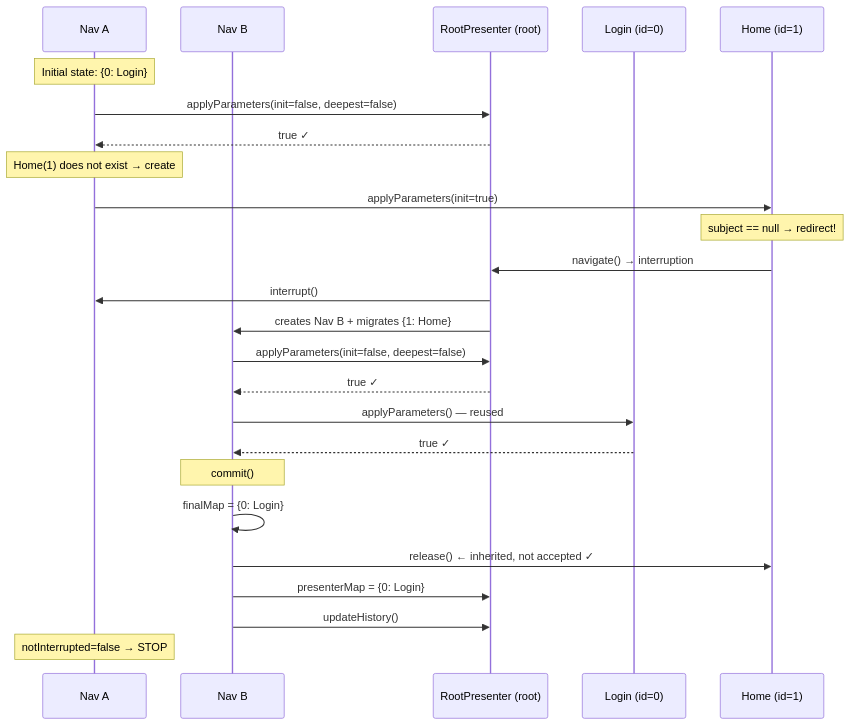
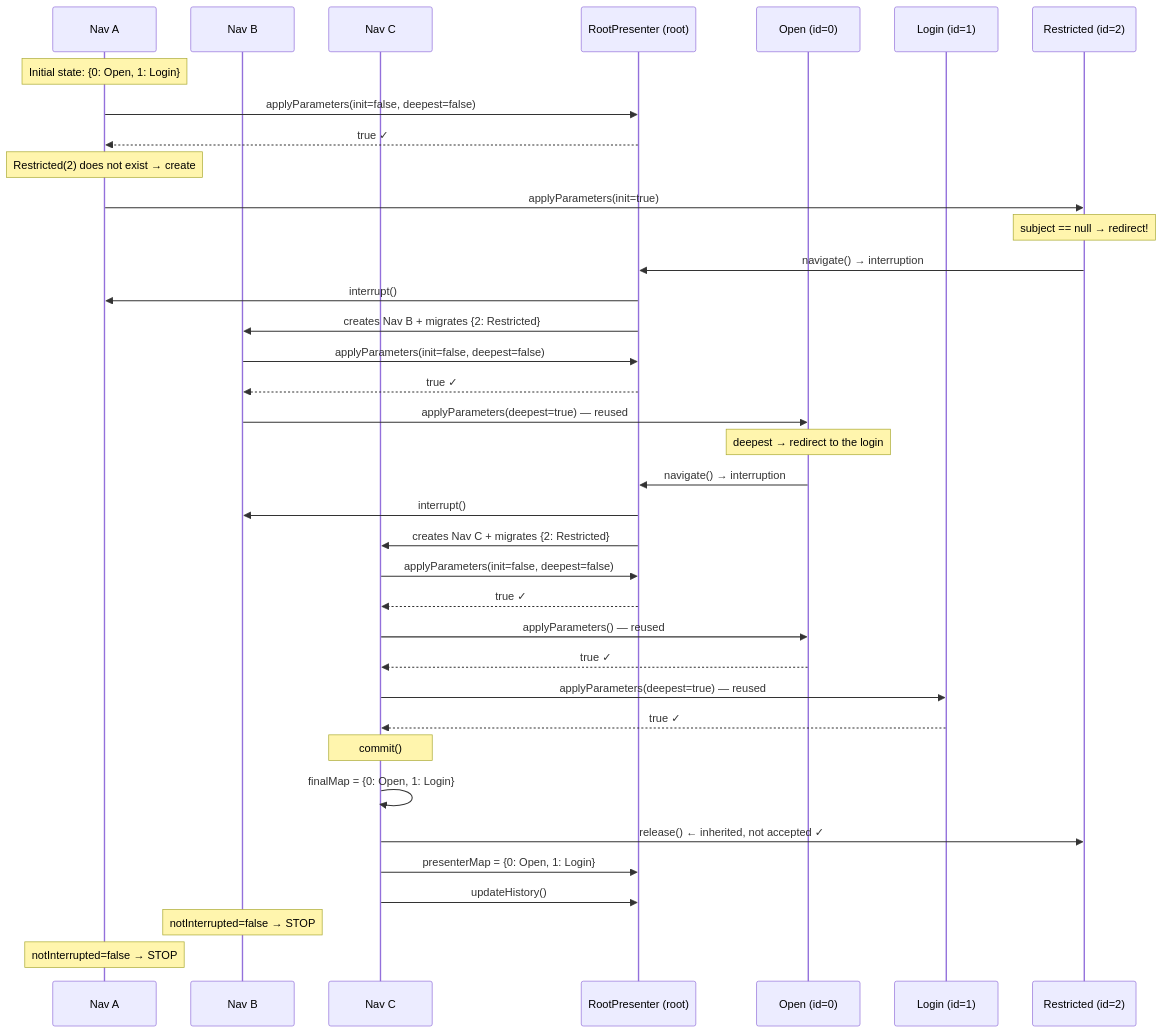
The ninth of 19 diagrams in docs/architecture-cube.md (mrcdom/wdc-cube-kotlin), drawn with Mermaid before and after one commit. The commit also changed other lines of this file and 15 other files, not shown here.

First line of the commit message:
feat(presentation): open and restricted guard places, as in the Java version

````diff
--- a/docs/architecture-cube.md
+++ b/docs/architecture-cube.md
@@ -648,33 +677,46 @@
 ```mermaid
 sequenceDiagram
     participant NavA as Nav A
     participant NavB as Nav B
+    participant NavC as Nav C
     participant App as RootPresenter (root)
-    participant Login as Login (id=0)
-    participant Home as Home (id=1)
+    participant Op as Open (id=0)
+    participant Login as Login (id=1)
+    participant Rs as Restricted (id=2)
 
-    Note over NavA: Initial state: {0: Login}
+    Note over NavA: Initial state: {0: Open, 1: Login}
 
     NavA->>App: applyParameters(init=false, deepest=false)
     App-->>NavA: true ✓
 
-    Note over NavA: Home(1) does not exist → create
-    NavA->>Home: applyParameters(init=true)
-    Note over Home: subject == null → redirect!
-    Home->>App: navigate() → interruption
+    Note over NavA: Restricted(2) does not exist → create
+    NavA->>Rs: applyParameters(init=true)
+    Note over Rs: subject == null → redirect!
+    Rs->>App: navigate() → interruption
     App->>NavA: interrupt()
-    App->>NavB: creates Nav B + migrates {1: Home}
+    App->>NavB: creates Nav B + migrates {2: Restricted}
 
     NavB->>App: applyParameters(init=false, deepest=false)
     App-->>NavB: true ✓
-    NavB->>Login: applyParameters() — reused
-    Login-->>NavB: true ✓
+    NavB->>Op: applyParameters(deepest=true) — reused
+    Note over Op: deepest → redirect to the login
+    Op->>App: navigate() → interruption
+    App->>NavB: interrupt()
+    App->>NavC: creates Nav C + migrates {2: Restricted}
 
-    Note over NavB: commit()
-    NavB->>NavB: finalMap = {0: Login}
-    NavB->>Home: release() ← inherited, not accepted ✓
-    NavB->>App: presenterMap = {0: Login}
-    NavB->>App: updateHistory()
+    NavC->>App: applyParameters(init=false, deepest=false)
+    App-->>NavC: true ✓
+    NavC->>Op: applyParameters() — reused
+    Op-->>NavC: true ✓
+    NavC->>Login: applyParameters(deepest=true) — reused
+    Login-->>NavC: true ✓
 
+    Note over NavC: commit()
+    NavC->>NavC: finalMap = {0: Open, 1: Login}
+    NavC->>Rs: release() ← inherited, not accepted ✓
+    NavC->>App: presenterMap = {0: Open, 1: Login}
+    NavC->>App: updateHistory()
+
+    Note over NavB: notInterrupted=false → STOP
     Note over NavA: notInterrupted=false → STOP
 ```
````
